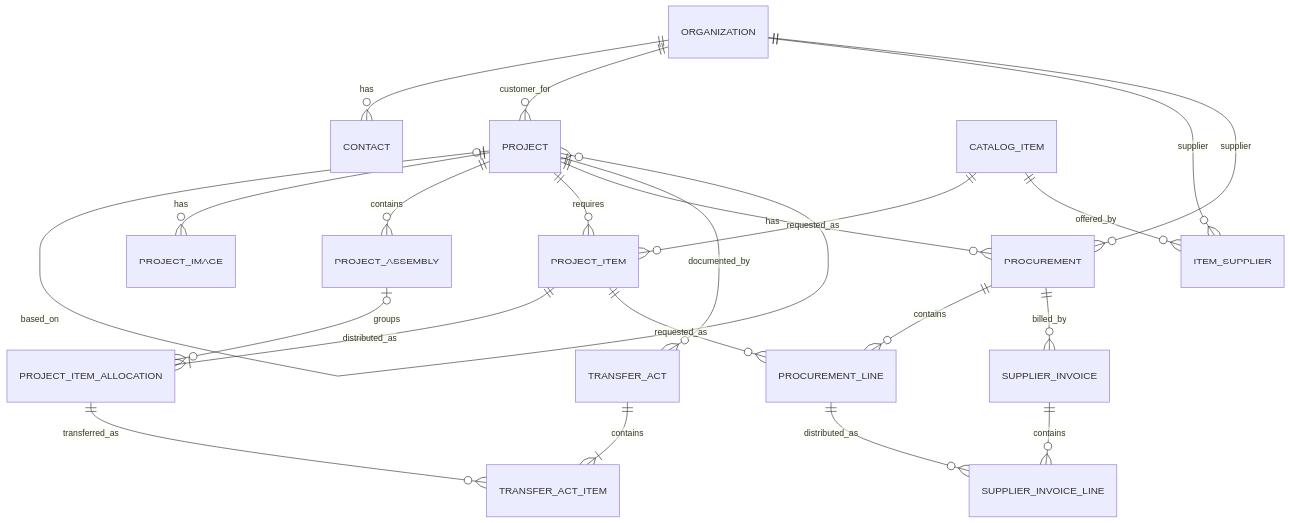
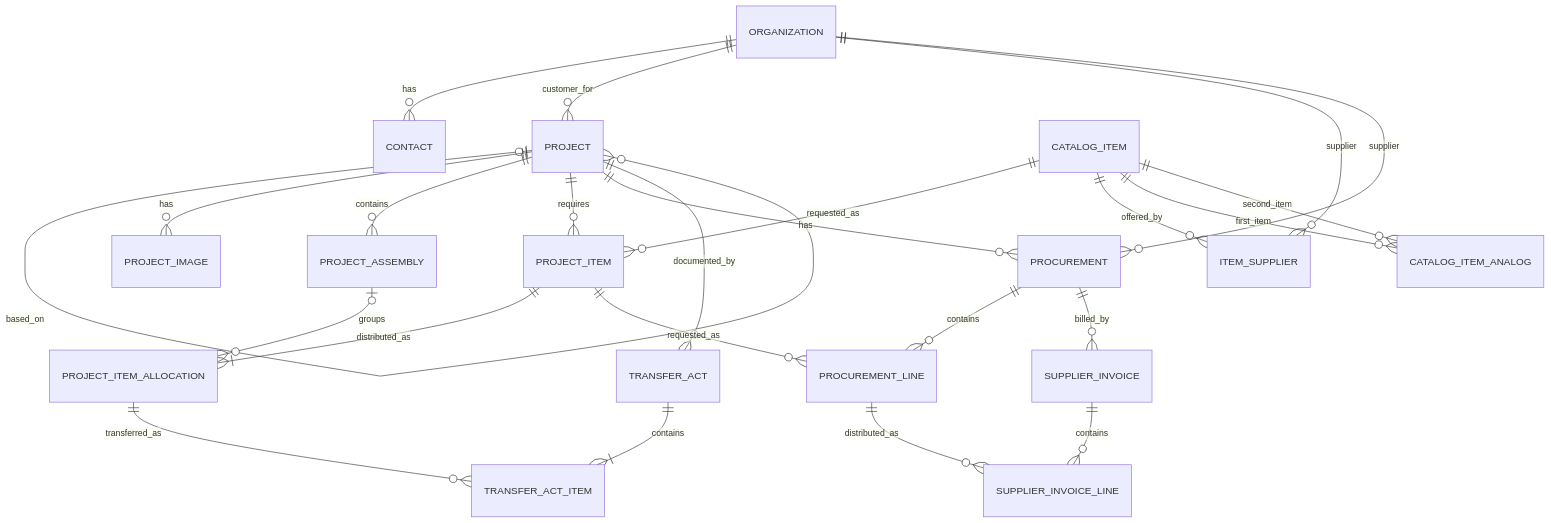
The diagram in docs/domain-model.md (Yurchenkopi/eng_flow), drawn with Mermaid before and after one commit. The commit also changed other lines of this file and 51 other files, not shown here.

Commit message:
Improve procurement workflow and catalog item management

````diff
--- a/docs/domain-model.md
+++ b/docs/domain-model.md
@@ -7,24 +7,26 @@
 ```mermaid
 erDiagram
     ORGANIZATION ||--o{ CONTACT : has
     ORGANIZATION ||--o{ PROJECT : customer_for
     PROJECT o|--o{ PROJECT : based_on
     PROJECT ||--o{ PROJECT_IMAGE : has
     PROJECT ||--o{ PROJECT_ASSEMBLY : contains
     PROJECT ||--o{ PROJECT_ITEM : requires
     PROJECT_ITEM ||--|{ PROJECT_ITEM_ALLOCATION : distributed_as
     PROJECT_ASSEMBLY o|--o{ PROJECT_ITEM_ALLOCATION : groups
     CATALOG_ITEM ||--o{ PROJECT_ITEM : requested_as
     CATALOG_ITEM ||--o{ ITEM_SUPPLIER : offered_by
+    CATALOG_ITEM ||--o{ CATALOG_ITEM_ANALOG : first_item
+    CATALOG_ITEM ||--o{ CATALOG_ITEM_ANALOG : second_item
     ORGANIZATION ||--o{ ITEM_SUPPLIER : supplier
     PROJECT ||--o{ PROCUREMENT : has
     ORGANIZATION ||--o{ PROCUREMENT : supplier
     PROCUREMENT ||--o{ PROCUREMENT_LINE : contains
     PROJECT_ITEM ||--o{ PROCUREMENT_LINE : requested_as
     PROCUREMENT ||--o{ SUPPLIER_INVOICE : billed_by
     SUPPLIER_INVOICE ||--o{ SUPPLIER_INVOICE_LINE : contains
     PROCUREMENT_LINE ||--o{ SUPPLIER_INVOICE_LINE : distributed_as
     PROJECT ||--o{ TRANSFER_ACT : documented_by
     TRANSFER_ACT ||--|{ TRANSFER_ACT_ITEM : contains
     PROJECT_ITEM_ALLOCATION ||--o{ TRANSFER_ACT_ITEM : transferred_as
 ```
````
